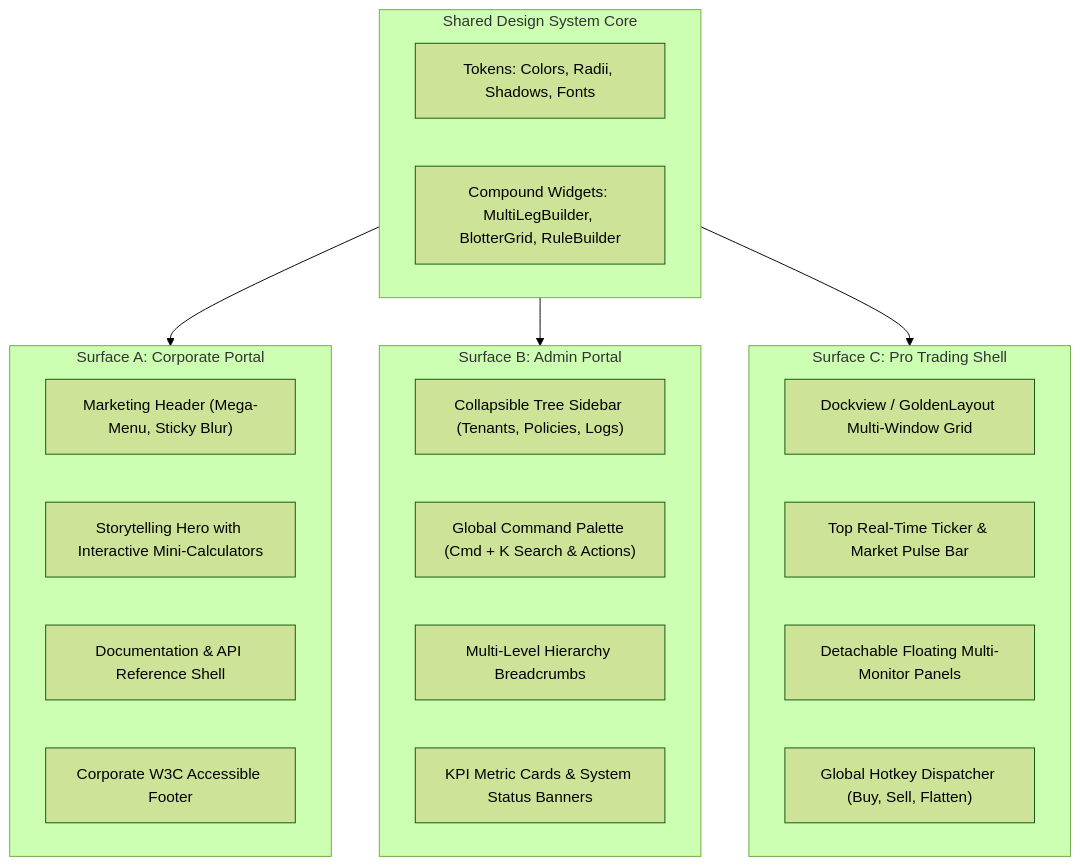
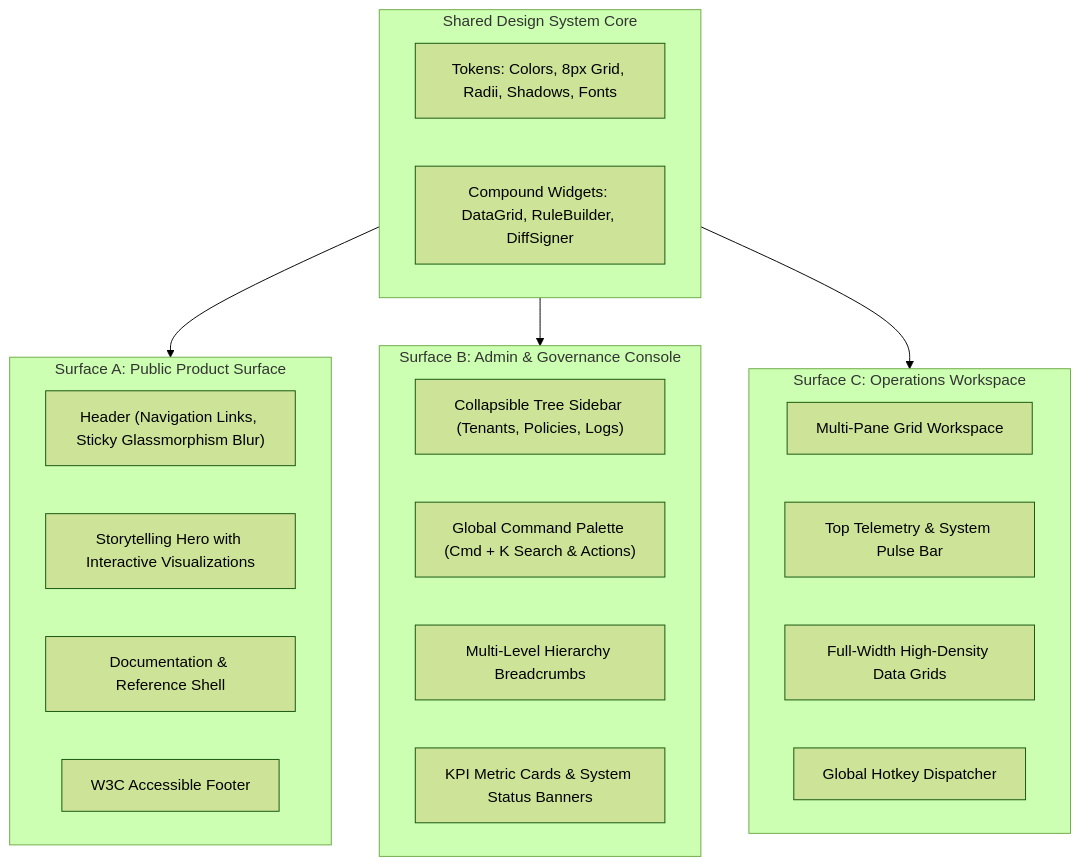
One commit to lakhwindersingh/nb_fairyfly changed the diagram in .nb/plan/master/enterprise-ui-design-system/modules/04_surface_specialization_and_layouts.md. Above: the diagram before and after it, drawn with Mermaid (forest theme). The commit also changed other lines of this file and 25 other files, not shown here.

````diff
--- a/.nb/plan/master/enterprise-ui-design-system/modules/04_surface_specialization_and_layouts.md
+++ b/.nb/plan/master/enterprise-ui-design-system/modules/04_surface_specialization_and_layouts.md
@@ -21,32 +21,32 @@
 ```mermaid
 graph TD
   subgraph SharedCore["Shared Design System Core"]
-    Tokens["Tokens: Colors, Radii, Shadows, Fonts"]
-    Widgets["Compound Widgets: MultiLegBuilder, BlotterGrid, RuleBuilder"]
+    Tokens["Tokens: Colors, 8px Grid, Radii, Shadows, Fonts"]
+    Widgets["Compound Widgets: DataGrid, RuleBuilder, DiffSigner"]
   end
 
-  subgraph CorporateLayout["Surface A: Corporate Portal"]
-    CorpNav["Marketing Header (Mega-Menu, Sticky Blur)"]
-    Herobanner["Storytelling Hero with Interactive Mini-Calculators"]
-    DocLayout["Documentation & API Reference Shell"]
-    Footer["Corporate W3C Accessible Footer"]
+  subgraph CorporateLayout["Surface A: Public Product Surface"]
+    CorpNav["Header (Navigation Links, Sticky Glassmorphism Blur)"]
+    Herobanner["Storytelling Hero with Interactive Visualizations"]
+    DocLayout["Documentation & Reference Shell"]
+    Footer["W3C Accessible Footer"]
   end
 
-  subgraph AdminLayout["Surface B: Admin Portal"]
+  subgraph AdminLayout["Surface B: Admin & Governance Console"]
     AdminSidebar["Collapsible Tree Sidebar (Tenants, Policies, Logs)"]
     CmdPalette["Global Command Palette (Cmd + K Search & Actions)"]
     Breadcrumbs["Multi-Level Hierarchy Breadcrumbs"]
     AdminMetrics["KPI Metric Cards & System Status Banners"]
   end
 
-  subgraph TradingLayout["Surface C: Pro Trading Shell"]
-    DockPanes["Dockview / GoldenLayout Multi-Window Grid"]
-    TickerStrip["Top Real-Time Ticker & Market Pulse Bar"]
-    Detachable["Detachable Floating Multi-Monitor Panels"]
-    HotkeyManager["Global Hotkey Dispatcher (Buy, Sell, Flatten)"]
+  subgraph OperationsLayout["Surface C: Operations Workspace"]
+    DockPanes["Multi-Pane Grid Workspace"]
+    TelemetryStrip["Top Telemetry & System Pulse Bar"]
+    Detachable["Full-Width High-Density Data Grids"]
+    HotkeyManager["Global Hotkey Dispatcher"]
   end
 
   SharedCore --> CorporateLayout
   SharedCore --> AdminLayout
-  SharedCore --> TradingLayout
+  SharedCore --> OperationsLayout
 ```
````
